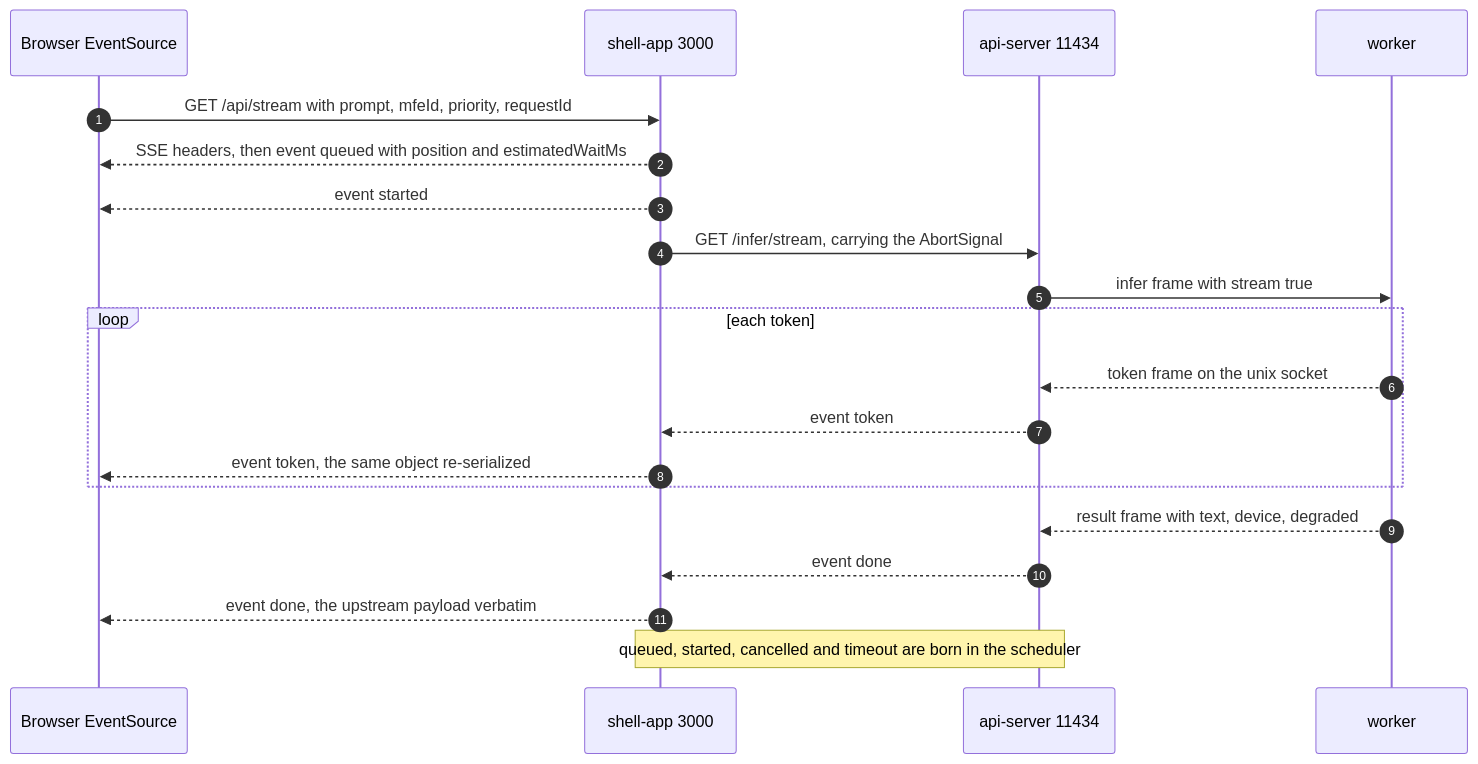
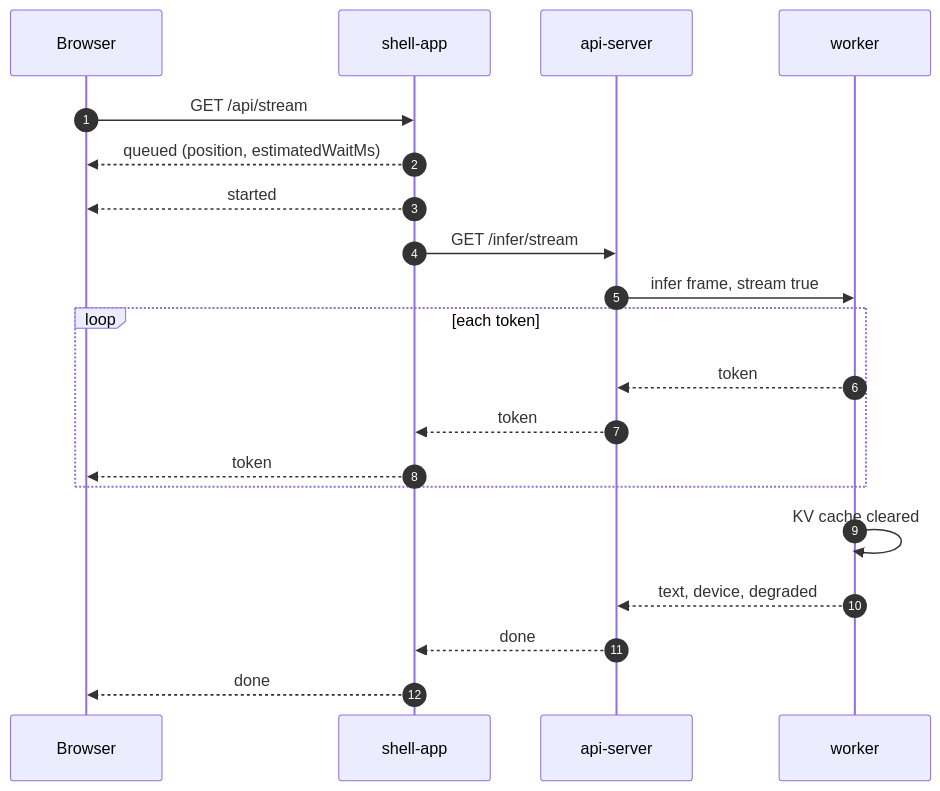
One commit to prawesh-12/serveInfer changed the fifth of 9 diagrams in README.md. Above: the diagram before and after it, drawn with Mermaid. The commit also changed other lines of this file and 11 other files, not shown here.

Commit message:
docs: add architecture and sequence diagrams to the README

````diff
--- a/README.md
+++ b/README.md
@@ -297,22 +327,22 @@
 ```mermaid
 sequenceDiagram
     autonumber
-    participant B as Browser EventSource
-    participant S as shell-app 3000
-    participant A as api-server 11434
+    participant B as Browser
+    participant S as shell-app
+    participant A as api-server
     participant W as worker
-    B->>S: GET /api/stream with prompt, mfeId, priority, requestId
-    S-->>B: SSE headers, then event queued with position and estimatedWaitMs
-    S-->>B: event started
-    S->>A: GET /infer/stream, carrying the AbortSignal
-    A->>W: infer frame with stream true
+    B->>S: GET /api/stream
+    S-->>B: queued (position, estimatedWaitMs)
+    S-->>B: started
+    S->>A: GET /infer/stream
+    A->>W: infer frame, stream true
     loop each token
-        W-->>A: token frame on the unix socket
-        A-->>S: event token
-        S-->>B: event token, the same object re-serialized
+        W-->>A: token
+        A-->>S: token
+        S-->>B: token
     end
-    W-->>A: result frame with text, device, degraded
-    A-->>S: event done
-    S-->>B: event done, the upstream payload verbatim
-    Note over S,A: queued, started, cancelled and timeout are born in the scheduler
+    W->>W: KV cache cleared
+    W-->>A: text, device, degraded
+    A-->>S: done
+    S-->>B: done
 ```
````
